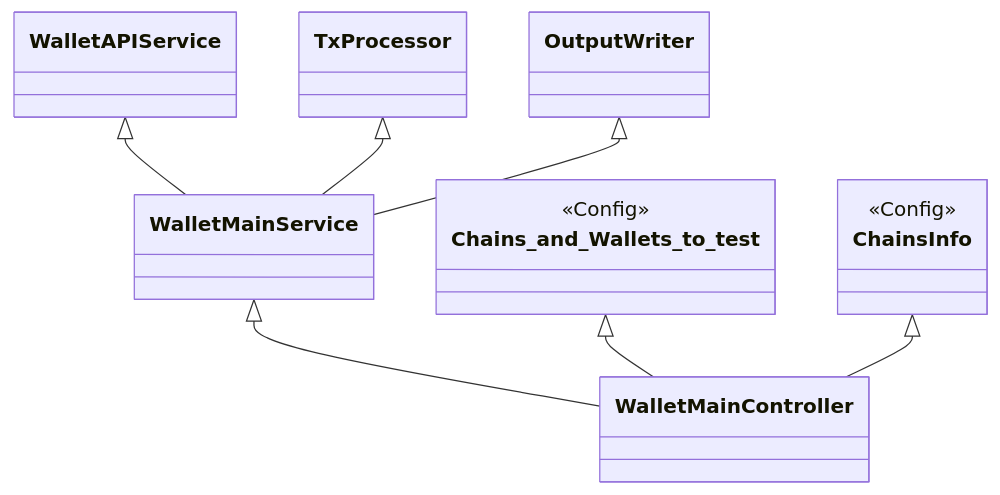
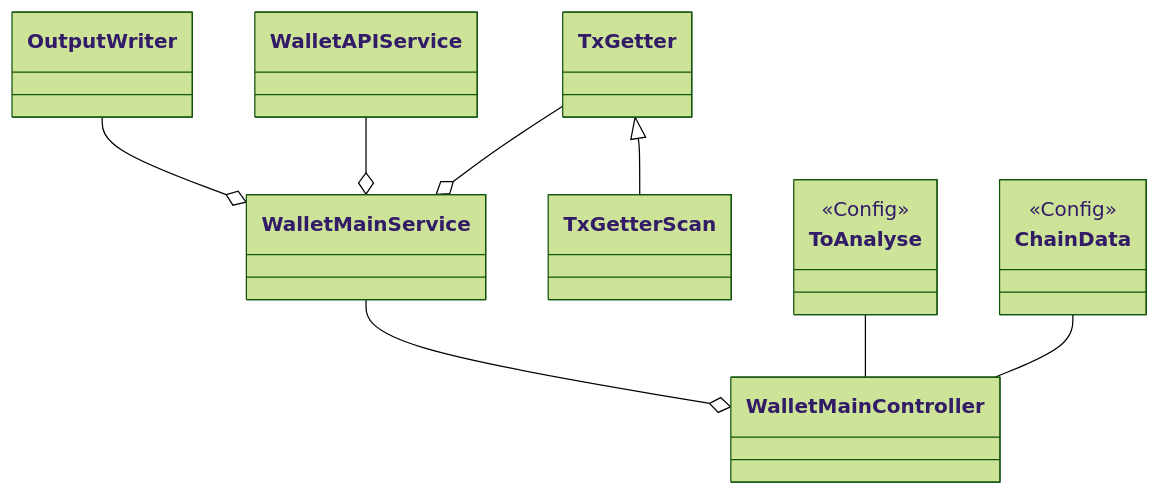
One commit to SmiteDeluxe/tx-tax-formatter changed the diagram in README.md. Above: the diagram before and after it, drawn with Mermaid.

````diff
--- a/README.md
+++ b/README.md
@@ -1,15 +1,17 @@
 ```mermaid
+%%{init: {'theme': 'forest'} }%%
 classDiagram
-      WalletMainService <|-- WalletMainController
-      WalletAPIService <|-- WalletMainService
-      TxProcessor <|-- WalletMainService
-      OutputWriter <|-- WalletMainService
-      Chains_and_Wallets_to_test <|-- WalletMainController
-      ChainsInfo <|-- WalletMainController
-      class Chains_and_Wallets_to_test {
+      OutputWriter --o WalletMainService
+      WalletMainService --o WalletMainController
+      WalletAPIService --o WalletMainService
+      TxGetter --o WalletMainService
+      TxGetter <|-- TxGetterScan
+      ToAnalyse -- WalletMainController
+      ChainData -- WalletMainController
+      class ToAnalyse {
         <<Config>>
       }
-      class ChainsInfo {
+      class ChainData {
         <<Config>>
       }
 ```
````
